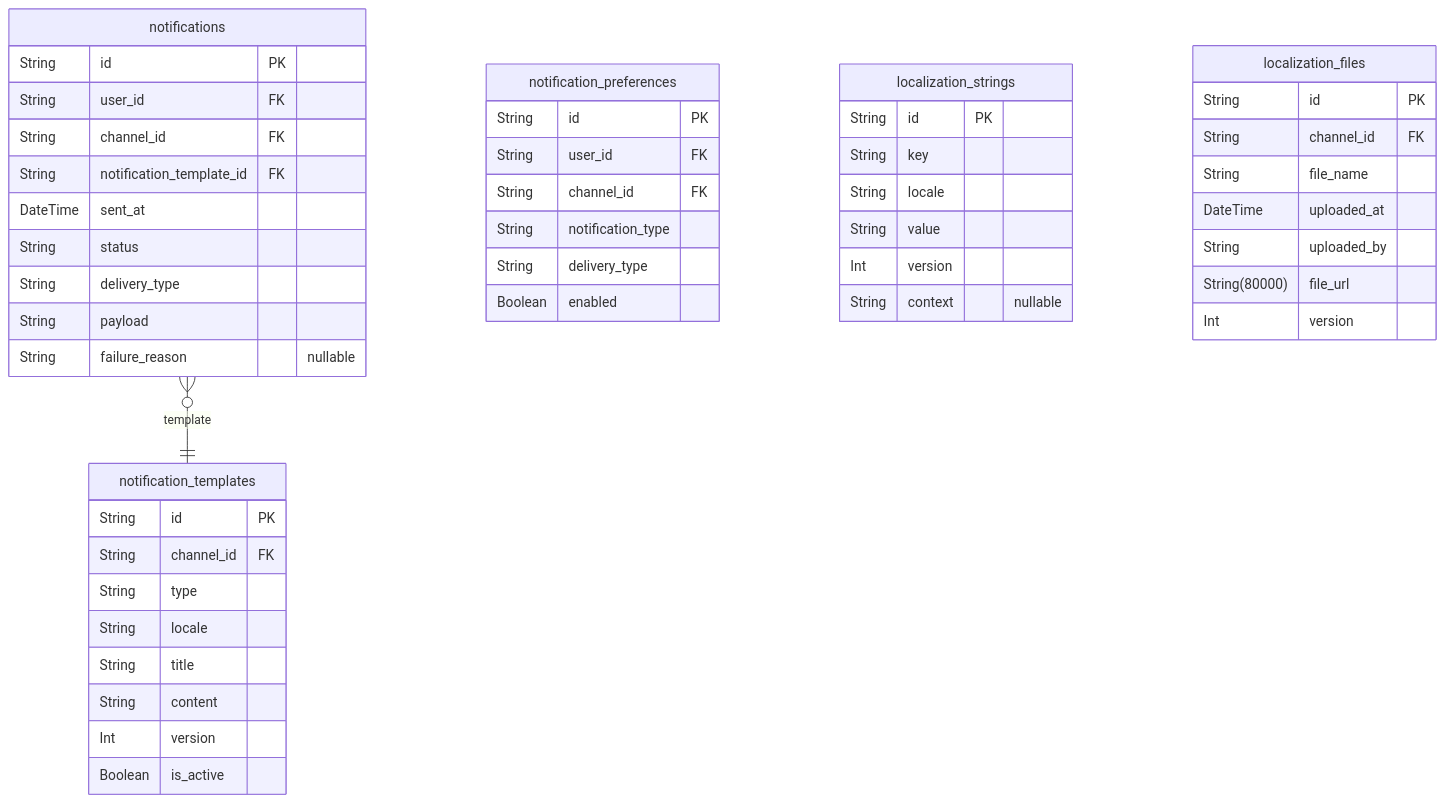
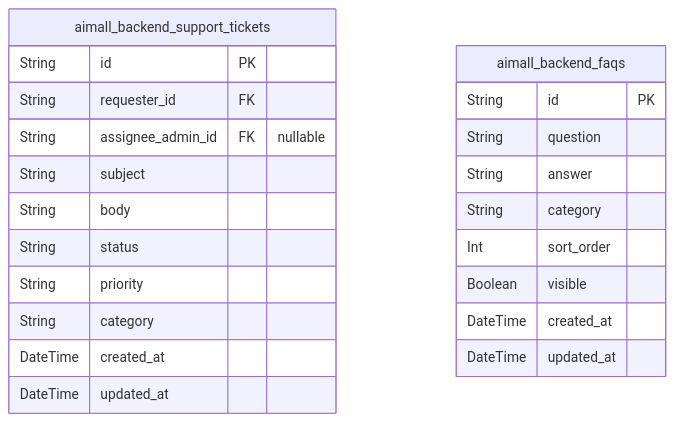
One commit to wrtnlabs/autobe-example-shopping-openai-gpt-4.1 changed the ninth of 10 diagrams in docs/ERD.md. Above: the diagram before and after it, drawn with Mermaid. The commit also changed other lines of this file and 2260 other files, not shown here.

````diff
--- a/docs/ERD.md
+++ b/docs/ERD.md
@@ -2142,50 +1017,25 @@
 ```mermaid
 erDiagram
-"notifications" {
+"aimall_backend_support_tickets" {
   String id PK
-  String user_id FK
-  String channel_id FK
-  String notification_template_id FK
-  DateTime sent_at
+  String requester_id FK
+  String assignee_admin_id FK "nullable"
+  String subject
+  String body
   String status
-  String delivery_type
-  String payload
-  String failure_reason "nullable"
+  String priority
+  String category
+  DateTime created_at
+  DateTime updated_at
 }
-"notification_templates" {
+"aimall_backend_faqs" {
   String id PK
-  String channel_id FK
-  String type
-  String locale
-  String title
-  String content
-  Int version
-  Boolean is_active
+  String question
+  String answer
+  String category
+  Int sort_order
+  Boolean visible
+  DateTime created_at
+  DateTime updated_at
 }
-"notification_preferences" {
-  String id PK
-  String user_id FK
-  String channel_id FK
-  String notification_type
-  String delivery_type
-  Boolean enabled
-}
-"localization_strings" {
-  String id PK
-  String key
-  String locale
-  String value
-  Int version
-  String context "nullable"
-}
-"localization_files" {
-  String id PK
-  String channel_id FK
-  String file_name
-  DateTime uploaded_at
-  String uploaded_by
-  String(80000) file_url
-  Int version
-}
-"notifications" }o--|| "notification_templates" : template
 ```
````
